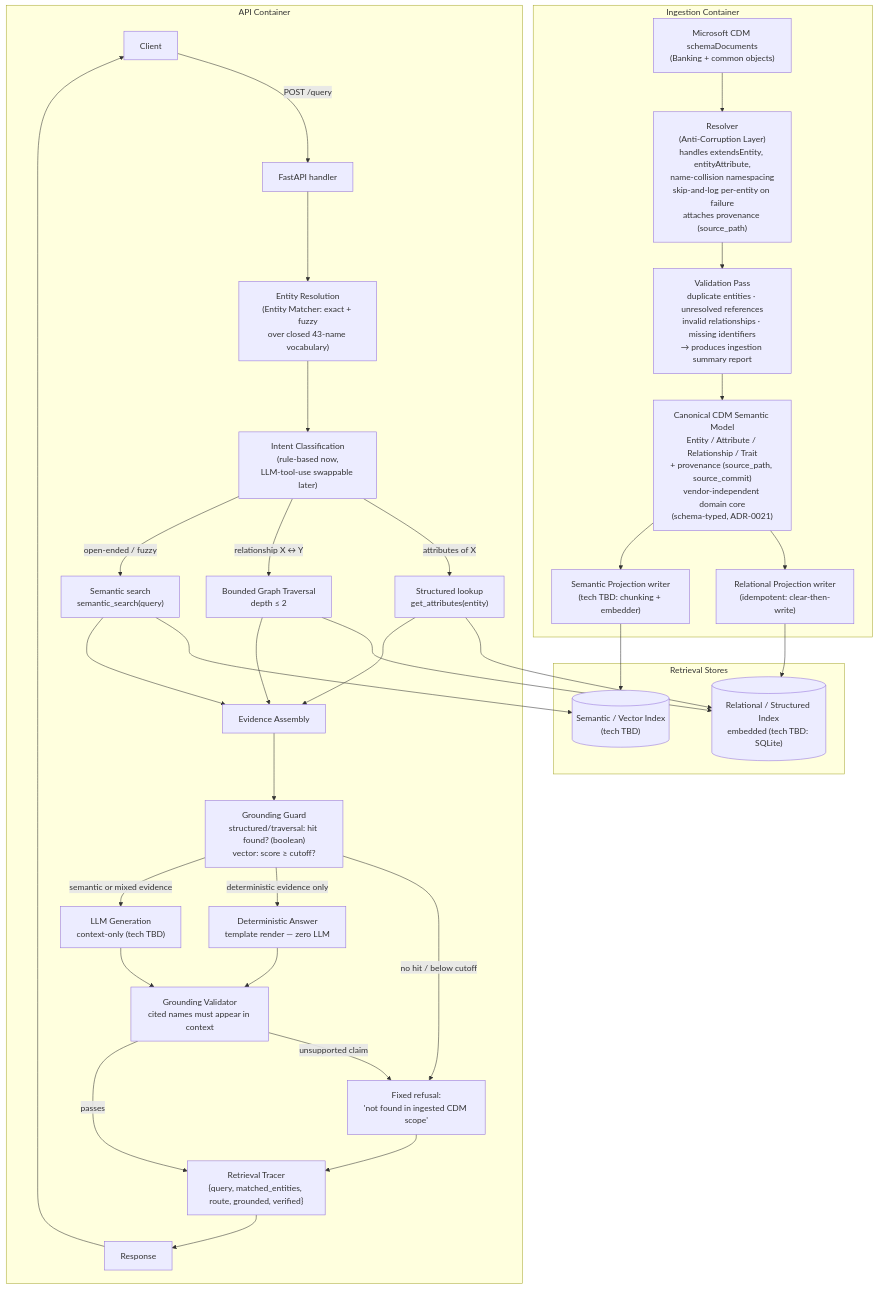
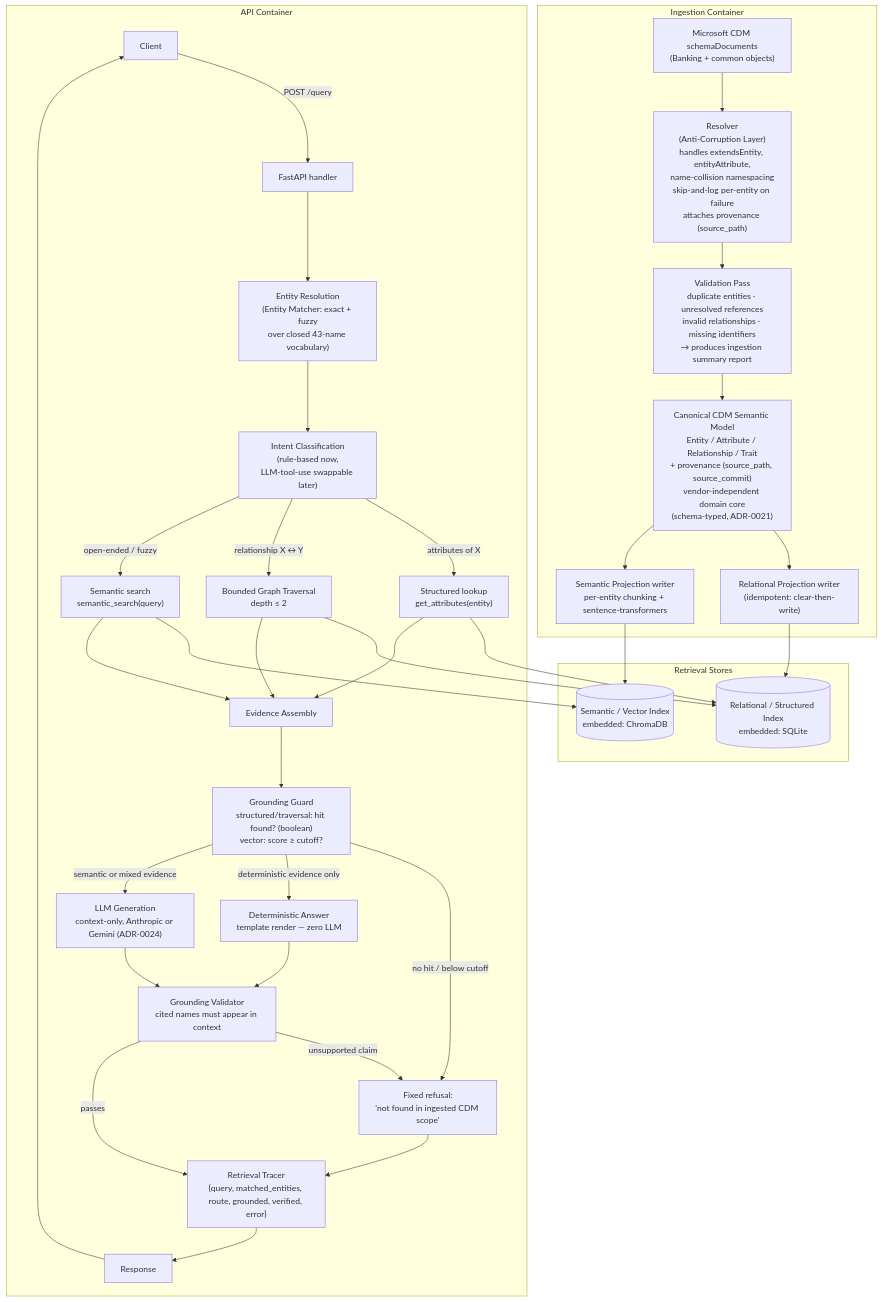
The diagram in docs/architecture/components.md (werder11/bb-bussiness-datamodel-chatbot), drawn with Mermaid before and after one commit. The commit also changed other lines of this file and 101 other files, not shown here.

````diff
--- a/docs/architecture/components.md
+++ b/docs/architecture/components.md
@@ -5,41 +5,41 @@
 ```mermaid
 graph TD
     subgraph Offline["Ingestion Container"]
         CDM["Microsoft CDM schemaDocuments\n(Banking + common objects)"] --> Resolver["Resolver\n(Anti-Corruption Layer)\nhandles extendsEntity, entityAttribute,\nname-collision namespacing\nskip-and-log per-entity on failure\nattaches provenance (source_path)"]
         Resolver --> Validate["Validation Pass\nduplicate entities · unresolved references\ninvalid relationships · missing identifiers\n→ produces ingestion summary report"]
         Validate --> Canonical["Canonical CDM Semantic Model\nEntity / Attribute / Relationship / Trait\n+ provenance (source_path, source_commit)\nvendor-independent domain core\n(schema-typed, ADR-0021)"]
         Canonical --> RelWriter["Relational Projection writer\n(idempotent: clear-then-write)"]
-        Canonical --> SemWriter["Semantic Projection writer\n(tech TBD: chunking + embedder)"]
+        Canonical --> SemWriter["Semantic Projection writer\nper-entity chunking + sentence-transformers"]
     end
 
     subgraph Stores["Retrieval Stores"]
-        RelWriter --> SqlIdx[("Relational / Structured Index\nembedded (tech TBD: SQLite)")]
-        SemWriter --> VecIdx[("Semantic / Vector Index\n(tech TBD)")]
+        RelWriter --> SqlIdx[("Relational / Structured Index\nembedded: SQLite")]
+        SemWriter --> VecIdx[("Semantic / Vector Index\nembedded: ChromaDB")]
     end
 
     subgraph Online["API Container"]
         Client["Client"] -->|"POST /query"| API["FastAPI handler"]
         API --> EntityRes["Entity Resolution\n(Entity Matcher: exact + fuzzy\nover closed 43-name vocabulary)"]
         EntityRes --> Intent["Intent Classification\n(rule-based now,\nLLM-tool-use swappable later)"]
         Intent -->|"attributes of X"| StructLookup["Structured lookup\nget_attributes(entity)"]
         Intent -->|"relationship X ↔ Y"| Traversal["Bounded Graph Traversal\ndepth ≤ 2"]
         Intent -->|"open-ended / fuzzy"| VecSearch["Semantic search\nsemantic_search(query)"]
         StructLookup --> SqlIdx
         Traversal --> SqlIdx
         VecSearch --> VecIdx
         StructLookup --> Evidence["Evidence Assembly"]
         Traversal --> Evidence
         VecSearch --> Evidence
         Evidence --> Guard["Grounding Guard\nstructured/traversal: hit found? (boolean)\nvector: score ≥ cutoff?"]
         Guard -->|"no hit / below cutoff"| Refuse["Fixed refusal:\n'not found in ingested CDM scope'"]
         Guard -->|"deterministic evidence only"| Template["Deterministic Answer\ntemplate render — zero LLM"]
-        Guard -->|"semantic or mixed evidence"| Gen["LLM Generation\ncontext-only (tech TBD)"]
+        Guard -->|"semantic or mixed evidence"| Gen["LLM Generation\ncontext-only, Anthropic or Gemini (ADR-0024)"]
         Template --> Validator["Grounding Validator\ncited names must appear in context"]
         Gen --> Validator
         Validator -->|"unsupported claim"| Refuse
-        Validator -->|"passes"| Trace["Retrieval Tracer\n{query, matched_entities, route, grounded, verified}"]
+        Validator -->|"passes"| Trace["Retrieval Tracer\n{query, matched_entities, route, grounded, verified, error}"]
         Refuse --> Trace
         Trace --> Resp["Response"]
         Resp --> Client
     end
 ```
````
